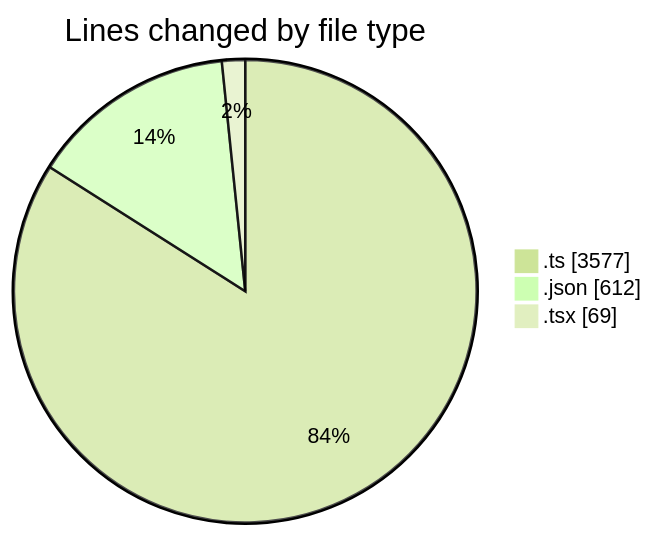
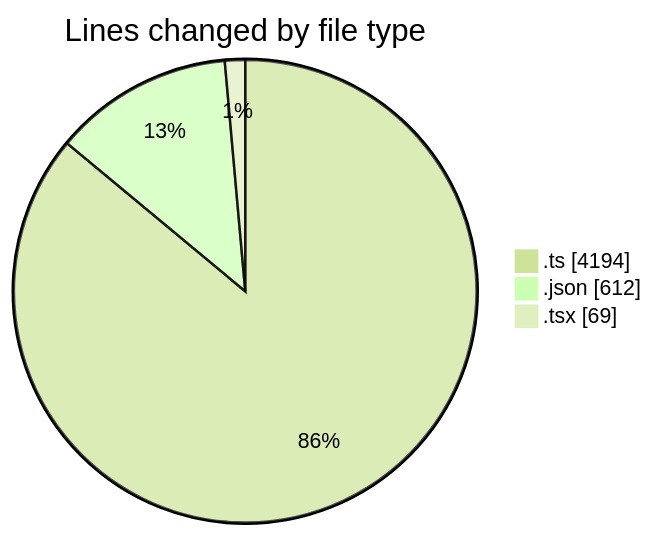
The first of 2 diagrams in 2025-10-22/cda/README.md (momahboobian/code-tracking), drawn with Mermaid (forest theme) before and after one commit. The commit also changed other lines of this file and 1 other file, not shown here.

````diff
--- a/2025-10-22/cda/README.md
+++ b/2025-10-22/cda/README.md
@@ -29,7 +30,7 @@
 ```mermaid
 pie showData
 title Lines changed by file type
-".ts" : 3577
+".ts" : 4194
 ".json" : 612
 ".tsx" : 69
 ```
````
